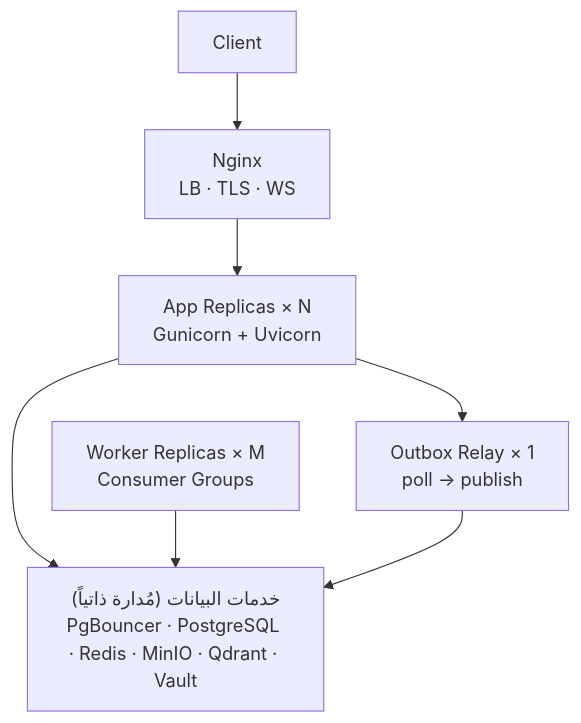
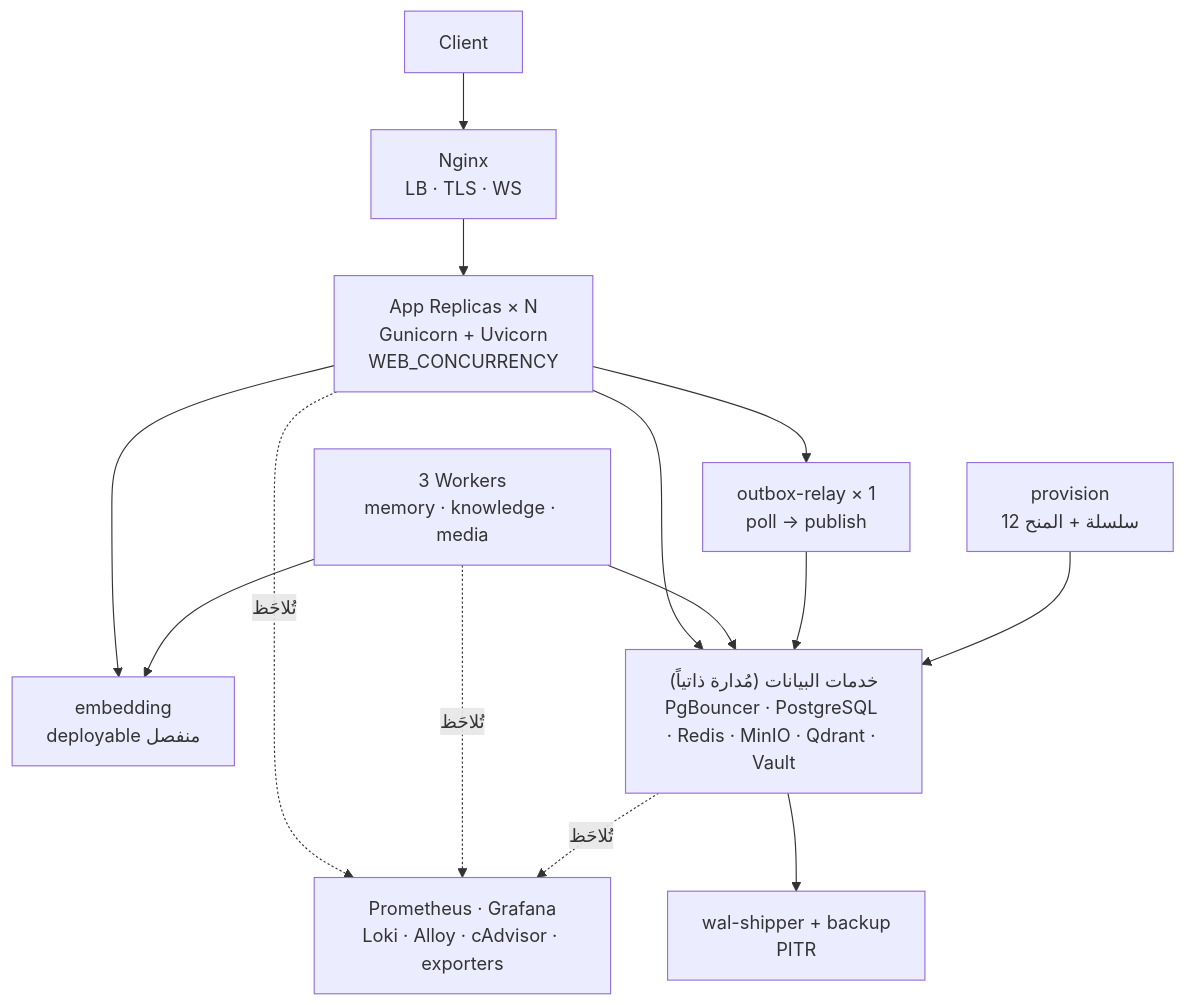
Before and after one commit to anastawahia/aizzak: the eighth of 8 diagrams in docs/architecture.md, drawn with Mermaid. The commit also changed other lines of this file, not shown here.

````diff
--- a/docs/architecture.md
+++ b/docs/architecture.md
@@ -351,16 +536,27 @@
 ```mermaid
 graph TD
     Client["Client"]
     Nginx["Nginx<br/>LB · TLS · WS"]
-    App["App Replicas × N<br/>Gunicorn + Uvicorn"]
-    Worker["Worker Replicas × M<br/>Consumer Groups"]
-    Outbox["Outbox Relay × 1<br/>poll → publish"]
+    App["App Replicas × N<br/>Gunicorn + Uvicorn<br/>WEB_CONCURRENCY"]
+    Worker["3 Workers<br/>memory · knowledge · media"]
+    Outbox["outbox-relay × 1<br/>poll → publish"]
+    Embed["embedding<br/>deployable منفصل"]
+    Provision["provision<br/>12 سلسلة + المنح"]
     Data["خدمات البيانات (مُدارة ذاتياً)<br/>PgBouncer · PostgreSQL · Redis · MinIO · Qdrant · Vault"]
+    Backup["wal-shipper + backup<br/>PITR"]
+    Obs["Prometheus · Grafana<br/>Loki · Alloy · cAdvisor · exporters"]
 
     Client --> Nginx
     Nginx --> App
     App --> Outbox
     App --> Data
+    App --> Embed
     Worker --> Data
+    Worker --> Embed
     Outbox --> Data
+    Provision --> Data
+    Data --> Backup
+    App -. تُلاحَظ .-> Obs
+    Worker -. تُلاحَظ .-> Obs
+    Data -. تُلاحَظ .-> Obs
 ```
````
